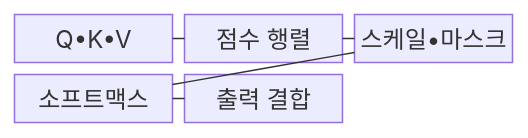
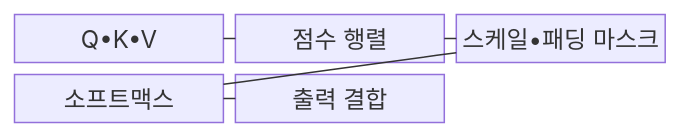
One commit to agnusdei1207/knowledge-base changed the first of 2 diagrams in src/content/docs/notes/08-latest-tech/029_scaled_dot_product_attention.md. Above: the diagram before and after it, drawn with Mermaid. The commit also changed other lines of this file and 493 other files, not shown here.

````diff
--- a/src/content/docs/notes/08-latest-tech/029_scaled_dot_product_attention.md
+++ b/src/content/docs/notes/08-latest-tech/029_scaled_dot_product_attention.md
@@ -69,13 +69,13 @@
 ```mermaid
 block-beta
     columns 3
     Q["Q•K•V"]
     S["점수 행렬"]
-    M["스케일•마스크"]
+    M["스케일•패딩 마스크"]
     W["소프트맥스"]
     O["출력 결합"]
     Q --- S
     S --- M
     M --- W
     W --- O
 ```
````
